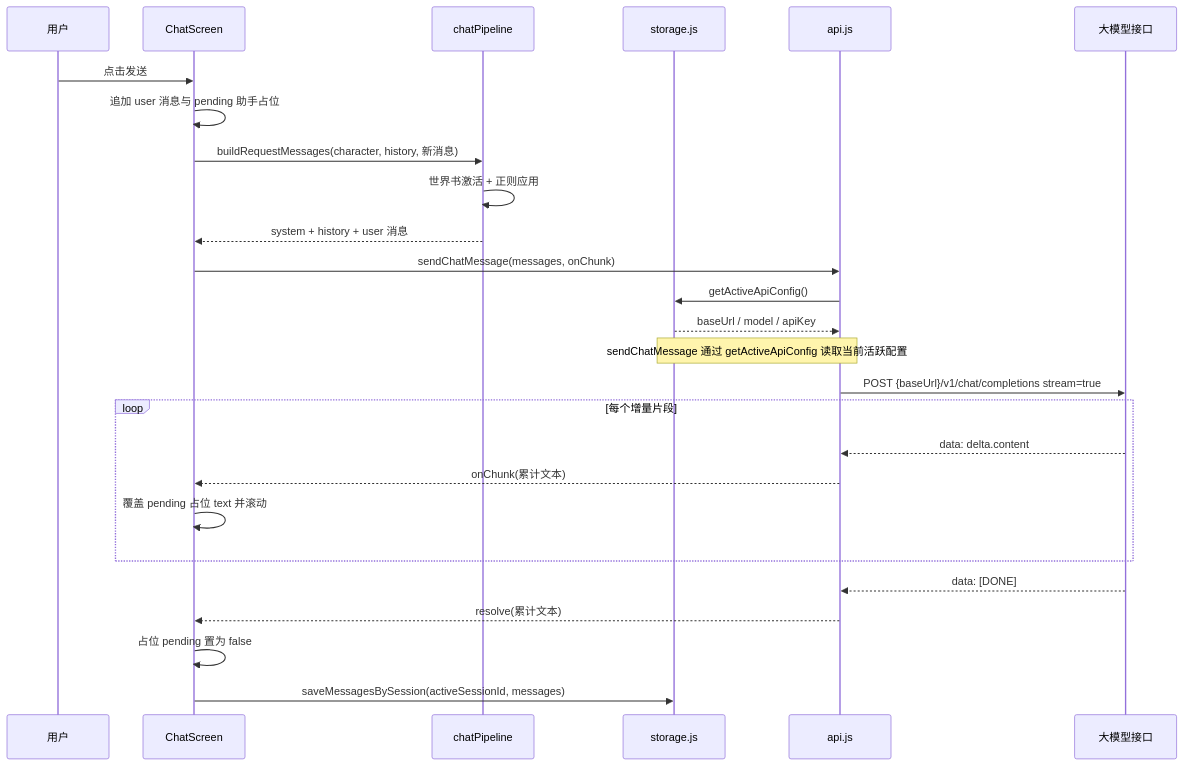
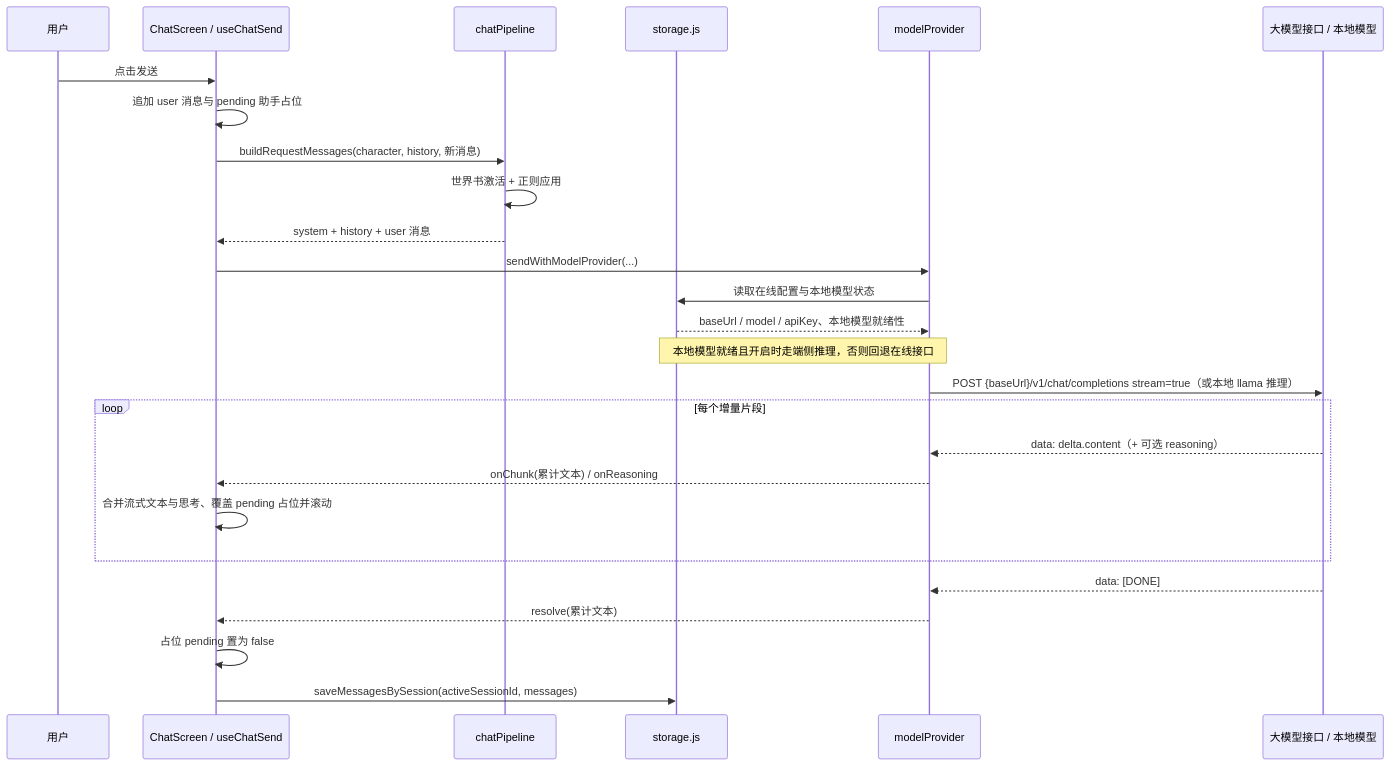
One commit to pppxxxy/easychat2 changed the second of 3 diagrams in .monkeycode/docs/ARCHITECTURE.md. Above: the diagram before and after it, drawn with Mermaid. The commit also changed other lines of this file and 8 other files, not shown here.

First line of the commit message:
docs: sync ARCHITECTURE/INTERFACES/模块 pages with main after A-line refactor

````diff
--- a/.monkeycode/docs/ARCHITECTURE.md
+++ b/.monkeycode/docs/ARCHITECTURE.md
@@ -289,29 +419,29 @@
 ```mermaid
 sequenceDiagram
     participant U as 用户
-    participant C as ChatScreen
+    participant C as ChatScreen / useChatSend
     participant P as chatPipeline
     participant S as storage.js
-    participant A as api.js
-    participant L as 大模型接口
+    participant A as modelProvider
+    participant L as 大模型接口 / 本地模型
 
     U->>C: 点击发送
     C->>C: 追加 user 消息与 pending 助手占位
     C->>P: buildRequestMessages(character, history, 新消息)
     P->>P: 世界书激活 + 正则应用
     P-->>C: system + history + user 消息
-    C->>A: sendChatMessage(messages, onChunk)
-    A->>S: getActiveApiConfig()
-    S-->>A: baseUrl / model / apiKey
-    note over A,S: sendChatMessage 通过 getActiveApiConfig 读取当前活跃配置
-    A->>L: POST {baseUrl}/v1/chat/completions stream=true
+    C->>A: sendWithModelProvider(...)
+    A->>S: 读取在线配置与本地模型状态
+    S-->>A: baseUrl / model / apiKey、本地模型就绪性
+    note over A,S: 本地模型就绪且开启时走端侧推理，否则回退在线接口
+    A->>L: POST {baseUrl}/v1/chat/completions stream=true（或本地 llama 推理）
     loop 每个增量片段
-        L-->>A: data: delta.content
-        A-->>C: onChunk(累计文本)
-        C->>C: 覆盖 pending 占位 text 并滚动
+        L-->>A: data: delta.content（+ 可选 reasoning）
+        A-->>C: onChunk(累计文本) / onReasoning
+        C->>C: 合并流式文本与思考、覆盖 pending 占位并滚动
     end
     L-->>A: data: [DONE]
     A-->>C: resolve(累计文本)
     C->>C: 占位 pending 置为 false
     C->>S: saveMessagesBySession(activeSessionId, messages)
 ```
````
